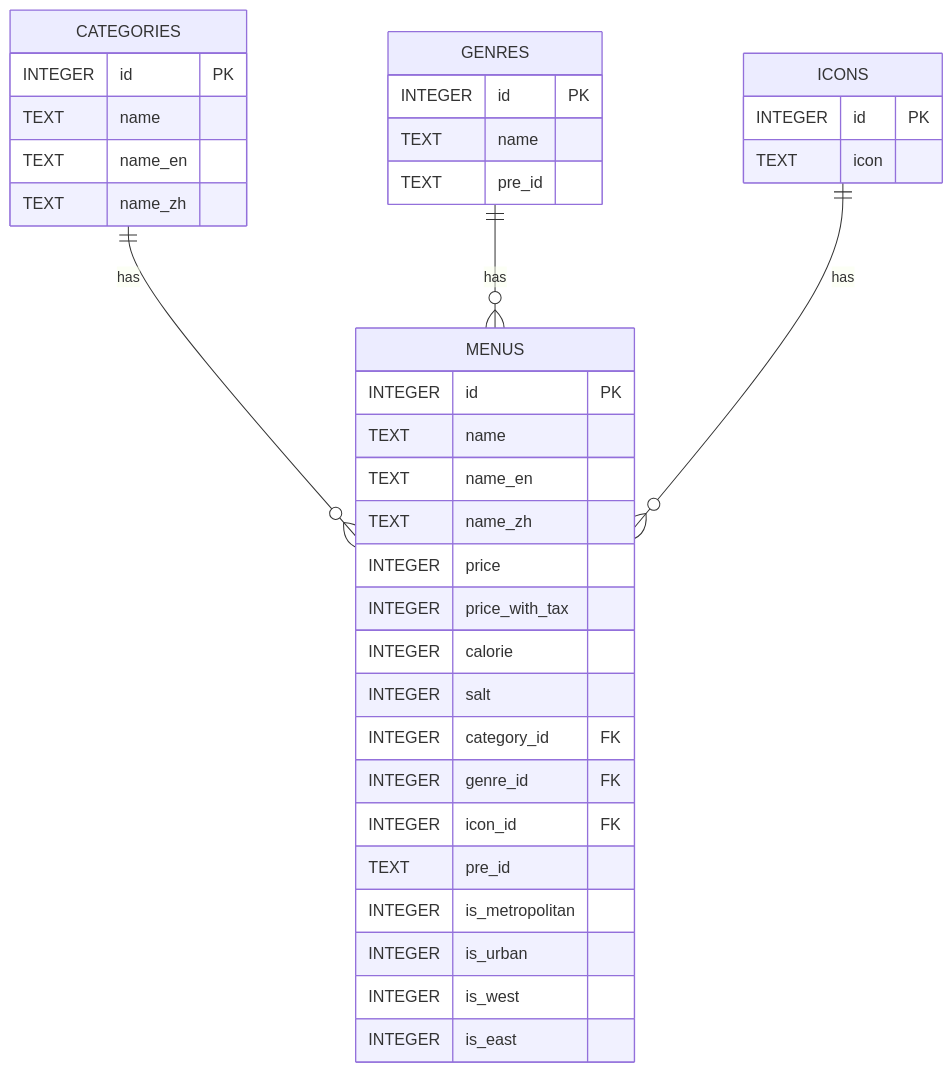
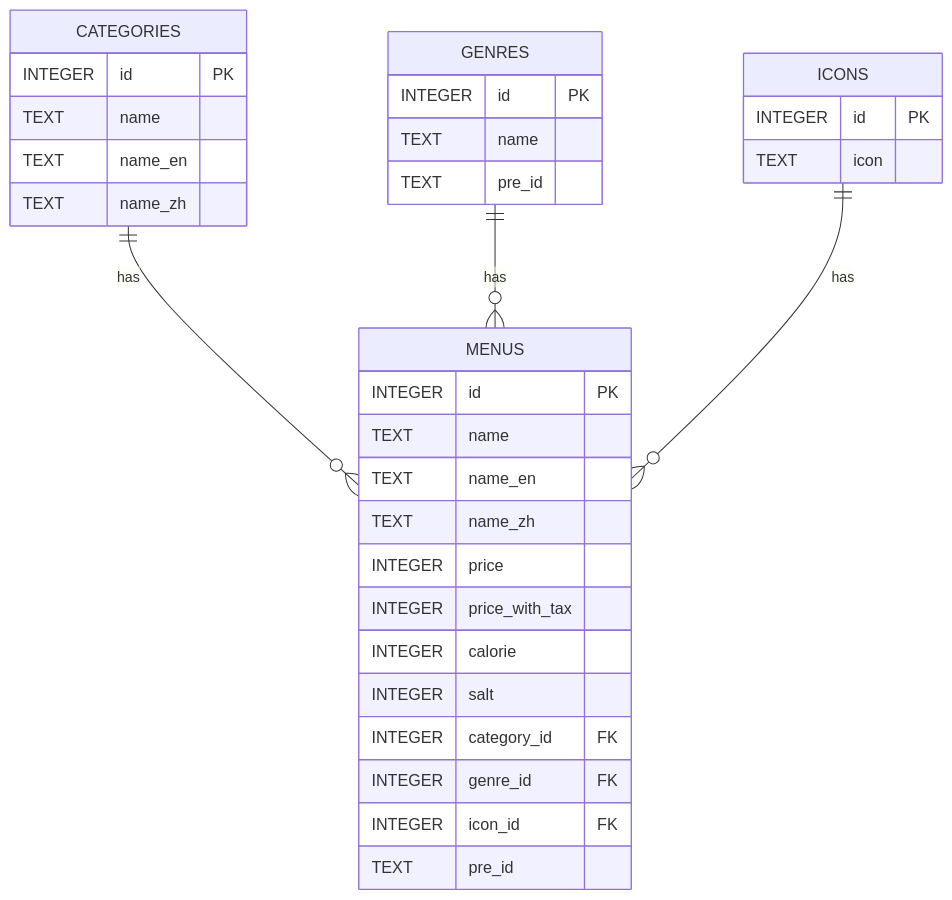
One commit to ryohidaka/saizeriya-menus changed the diagram in docs/database.md. Above: the diagram before and after it, drawn with Mermaid. The commit also changed other lines of this file and 6 other files, not shown here.

````diff
--- a/docs/database.md
+++ b/docs/database.md
@@ -5,43 +5,39 @@
 ```mermaid
 erDiagram
     CATEGORIES {
         INTEGER id PK
         TEXT name
         TEXT name_en
         TEXT name_zh
     }
 
     GENRES {
         INTEGER id PK
         TEXT name
         TEXT pre_id
     }
 
     ICONS {
         INTEGER id PK
         TEXT icon
     }
 
     MENUS {
         INTEGER id PK
         TEXT name
         TEXT name_en
         TEXT name_zh
         INTEGER price
         INTEGER price_with_tax
         INTEGER calorie
         INTEGER salt
         INTEGER category_id FK
         INTEGER genre_id FK
         INTEGER icon_id FK
         TEXT pre_id
-        INTEGER is_metropolitan
-        INTEGER is_urban
-        INTEGER is_west
-        INTEGER is_east
     }
 
     CATEGORIES ||--o{ MENUS: "has"
     GENRES ||--o{ MENUS: "has"
     ICONS ||--o{ MENUS: "has"
 ```
````
